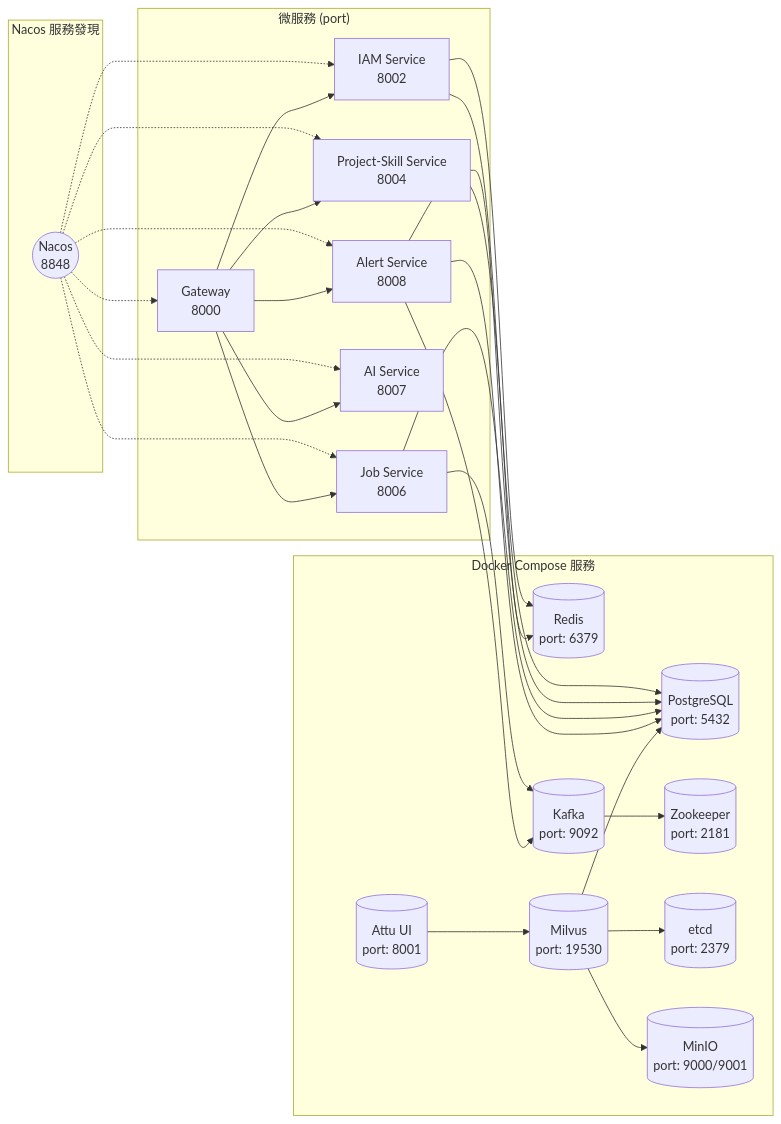
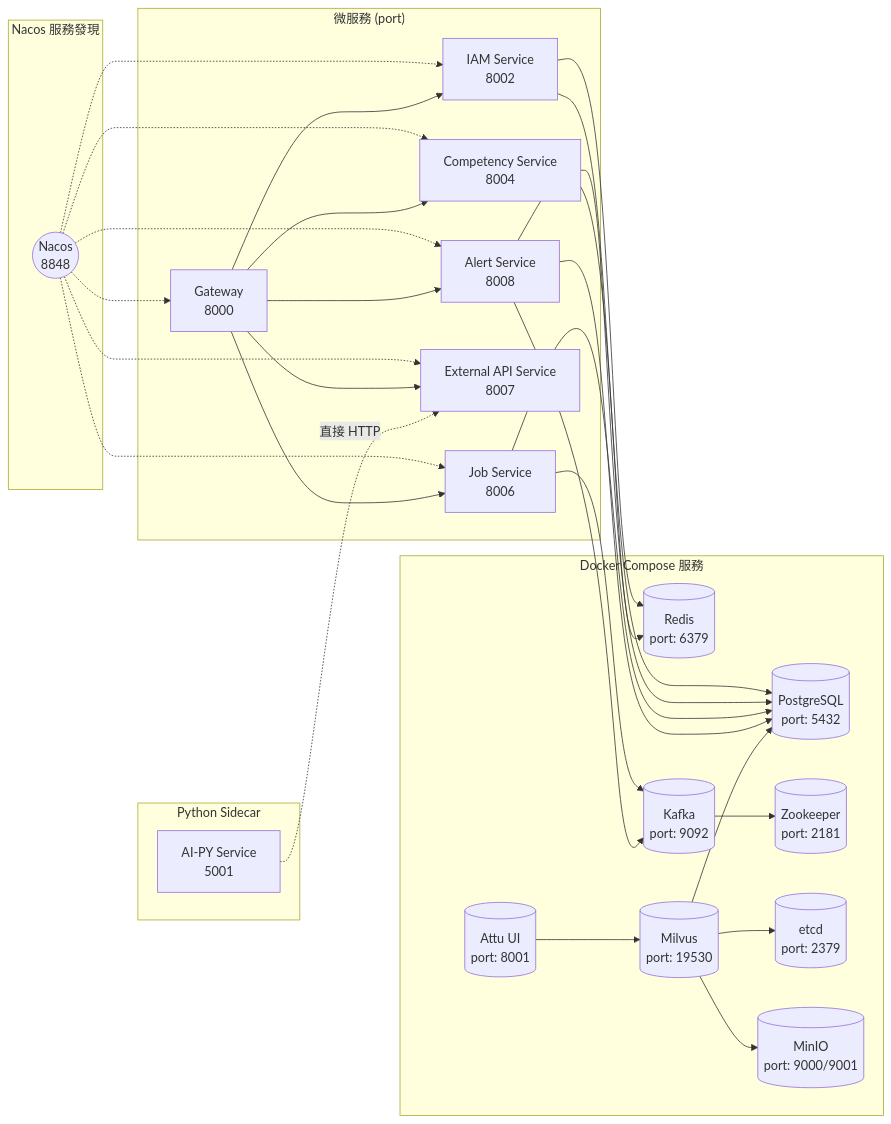
Before and after one commit to twinatrick/Backend-Architecture-Lab: the third of 8 diagrams in README.md, drawn with Mermaid. The commit also changed other lines of this file and 25 other files, not shown here.

````diff
--- a/README.md
+++ b/README.md
@@ -170,38 +170,43 @@
 ```mermaid
 graph LR
     subgraph "Docker Compose 服務"
         PG[(PostgreSQL<br/>port: 5432)]
         RD[(Redis<br/>port: 6379)]
         ZK[(Zookeeper<br/>port: 2181)]
         KF[(Kafka<br/>port: 9092)]
         ETCD[(etcd<br/>port: 2379)]
         MINIO[(MinIO<br/>port: 9000/9001)]
         MILVUS[(Milvus<br/>port: 19530)]
         ATTU[(Attu UI<br/>port: 8001)]
     end
 
     subgraph "微服務 (port)"
         GW[Gateway<br/>8000]
         IAM[IAM Service<br/>8002]
-        PSS[Project-Skill Service<br/>8004]
+        COMP[Competency Service<br/>8004]
         JOB[Job Service<br/>8006]
-        AI[AI Service<br/>8007]
+        EXT[External API Service<br/>8007]
         ALT[Alert Service<br/>8008]
+    end
+
+    subgraph "Python Sidecar"
+        AIPY[AI-PY Service<br/>5001]
     end
 
     subgraph "Nacos 服務發現"
         NC((Nacos<br/>8848))
     end
 
-    NC -.-> GW & IAM & PSS & JOB & AI & ALT
+    NC -.-> GW & IAM & COMP & JOB & EXT & ALT
 
-    GW --> IAM & PSS & JOB & AI & ALT
-    IAM & PSS & JOB & ALT --> PG
+    GW --> IAM & COMP & JOB & EXT & ALT
+    AIPY -.->|直接 HTTP| EXT
+    IAM & COMP & JOB & ALT --> PG
     IAM & ALT --> RD
     JOB & ALT --> KF
     KF --> ZK
     MILVUS --> ETCD
     MILVUS --> MINIO
     MILVUS --> PG
     ATTU --> MILVUS
 ```
````
